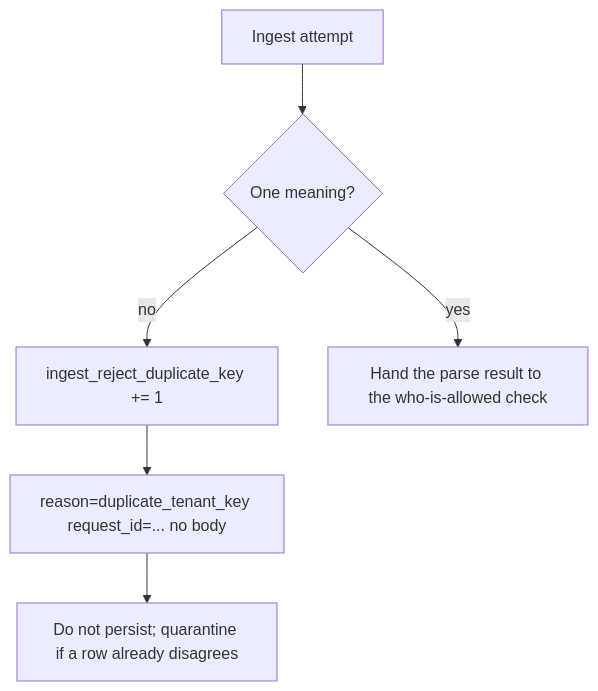
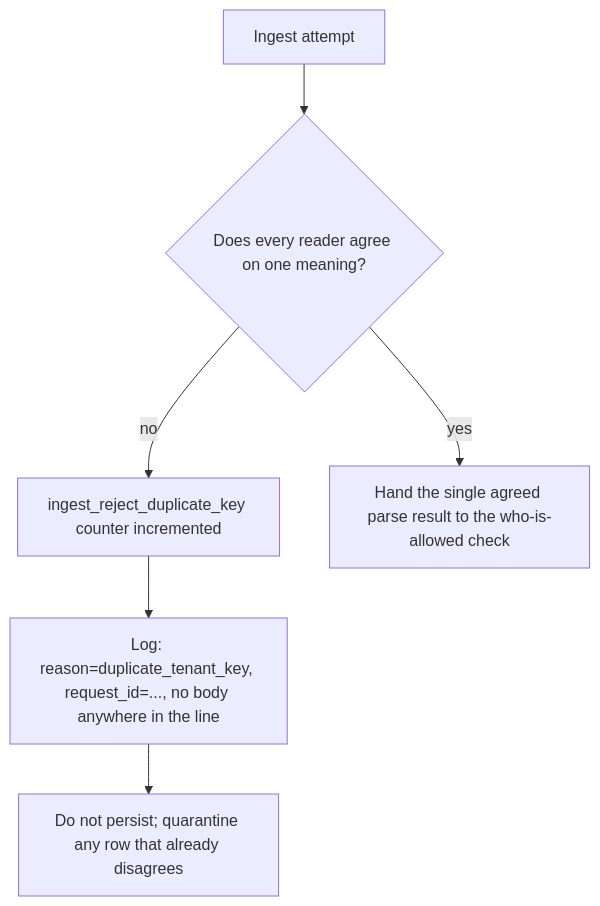
The diagram in content/modules/2/2.1/lessons/06-operate.md (ishitvagoel/LearnSecurity), drawn with Mermaid before and after one commit. The commit also changed other lines of this file and 17 other files, not shown here.

````diff
--- a/content/modules/2/2.1/lessons/06-operate.md
+++ b/content/modules/2/2.1/lessons/06-operate.md
@@ -12,8 +12,8 @@
 ```mermaid
 flowchart TD
-  Ingest[Ingest attempt] --> Decision{One meaning?}
-  Decision -->|no| Metric[ingest_reject_duplicate_key += 1]
-  Metric --> Log[reason=duplicate_tenant_key request_id=... no body]
-  Log --> Quarantine[Do not persist; quarantine if a row already disagrees]
-  Decision -->|yes| Mediate[Hand the parse result to the who-is-allowed check]
+  Ingest[Ingest attempt] --> Decision{Does every reader agree on one meaning?}
+  Decision -->|no| Metric[ingest_reject_duplicate_key counter incremented]
+  Metric --> Log["Log: reason=duplicate_tenant_key, request_id=..., no body anywhere in the line"]
+  Log --> Quarantine[Do not persist; quarantine any row that already disagrees]
+  Decision -->|yes| Mediate[Hand the single agreed parse result to the who-is-allowed check]
 ```
````
